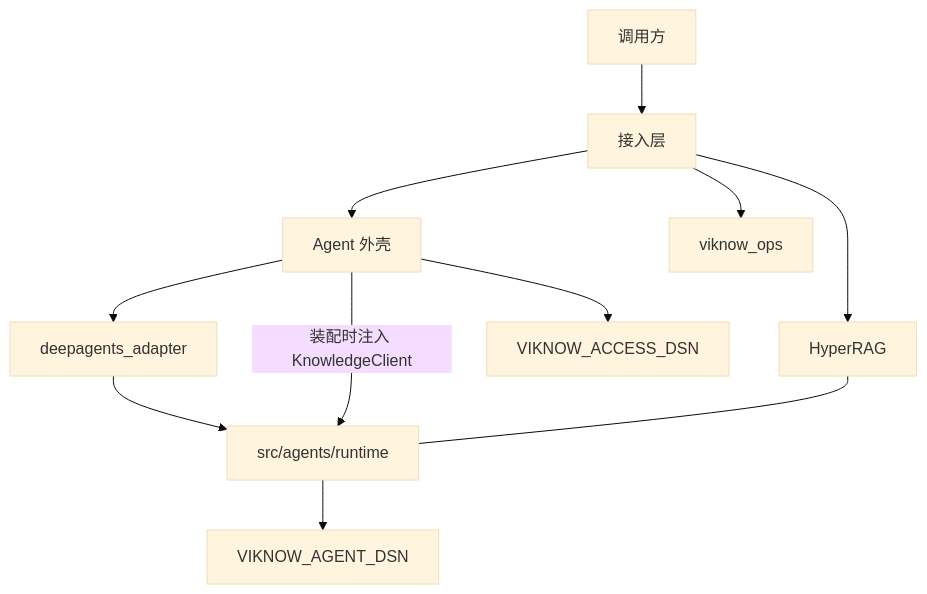
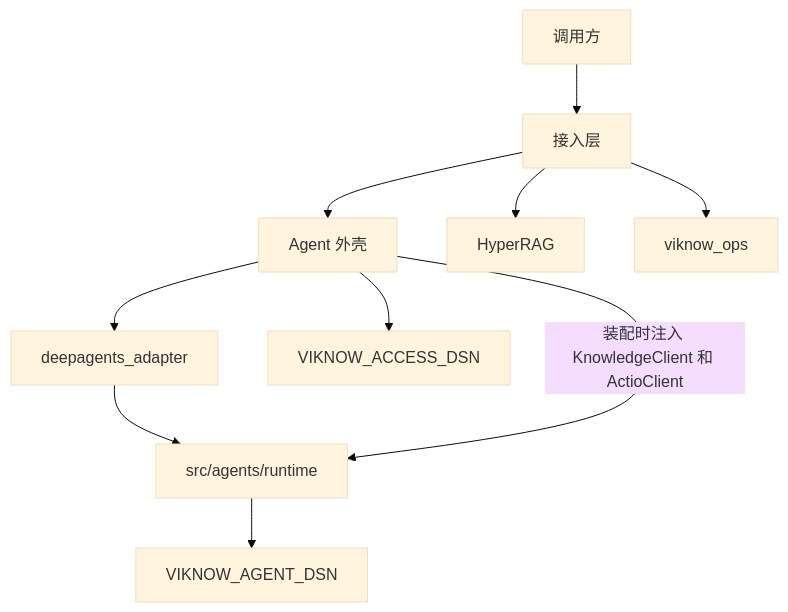
Before and after one commit to bigwubro/viknow-cloud-agent-bridge: the diagram in viknow3-work/docs/overview.md, drawn with Mermaid (base theme). The commit also changed other lines of this file and 30 other files, not shown here.

First line of the commit message:
Route Actio through an injected client.

````diff
--- a/viknow3-work/docs/overview.md
+++ b/viknow3-work/docs/overview.md
@@ -23,22 +24,21 @@
 ```mermaid
 flowchart TB
   caller["调用方"]
   access["接入层"]
   agent["Agent 外壳"]
   adapter["deepagents_adapter"]
   runtime["src/agents/runtime"]
   knowledge["HyperRAG"]
   ops["viknow_ops"]
   accessDb["VIKNOW_ACCESS_DSN"]
   agentDb["VIKNOW_AGENT_DSN"]
 
   caller --> access
   access --> agent
   access --> knowledge
   access --> ops
   agent --> adapter --> runtime
   agent --> accessDb
   runtime --> agentDb
-  agent -->|"装配时注入 KnowledgeClient"| runtime
-  knowledge --- runtime
+  agent -->|"装配时注入 KnowledgeClient 和 ActioClient"| runtime
 ```
````
